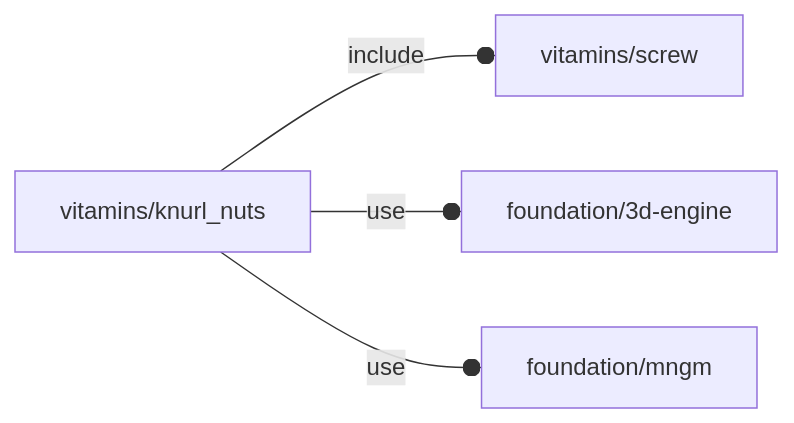
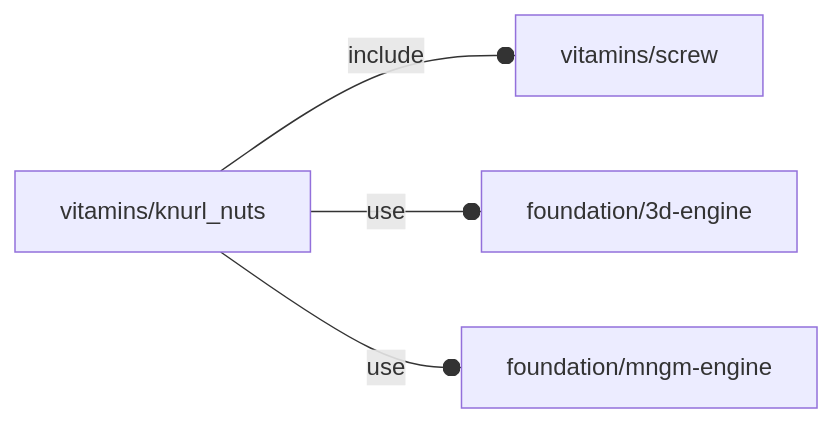
Before and after one commit to ggabbiani/OFL: the diagram in orthodocs/vitamins/knurl_nuts.md, drawn with Mermaid. The commit also changed 65 other files, not shown here.

Commit message:
foundation/mngm.scad renamed as foundation/mngm-engine.scad

````diff
--- a/orthodocs/vitamins/knurl_nuts.md
+++ b/orthodocs/vitamins/knurl_nuts.md
@@ -5,6 +5,6 @@
 ```mermaid
 graph LR
     A1[vitamins/knurl_nuts] --o|include| A2[vitamins/screw]
     A1 --o|use| A3[foundation/3d-engine]
-    A1 --o|use| A4[foundation/mngm]
+    A1 --o|use| A4[foundation/mngm-engine]
 ```
````
